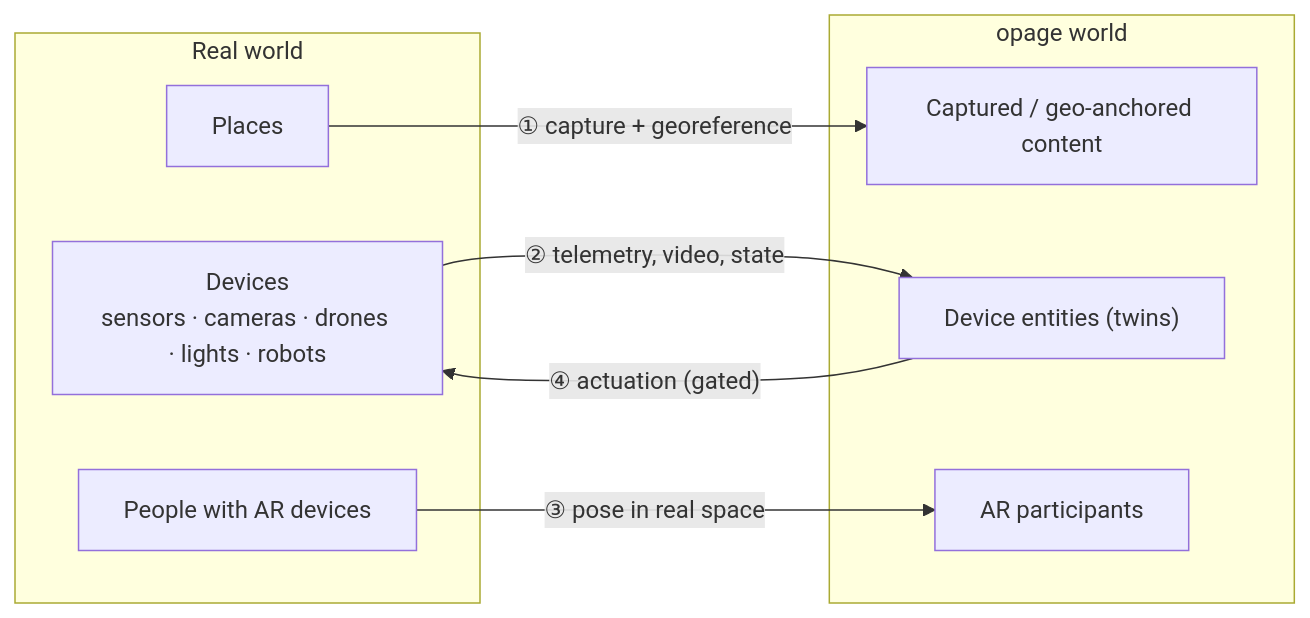
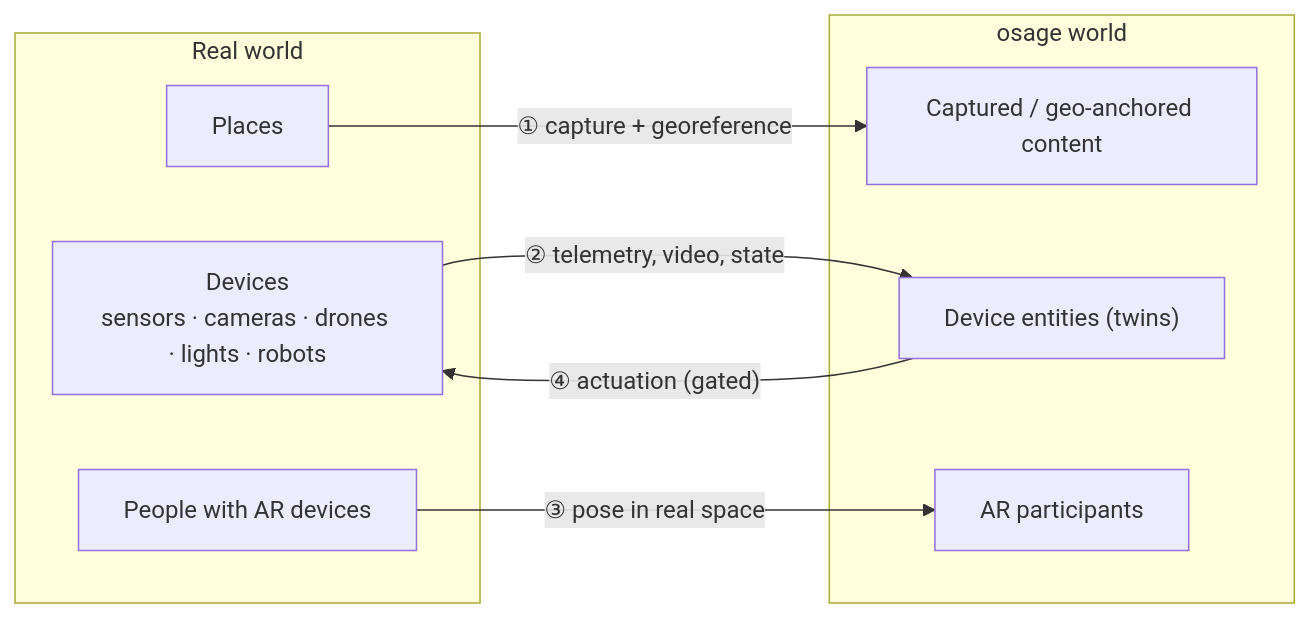
Before and after one commit to smichea/osage: the first of 2 diagrams in design/02-mixed-worlds-and-devices.md, drawn with Mermaid. The commit also changed other lines of this file and 8 other files, not shown here.

````diff
--- a/design/02-mixed-worlds-and-devices.md
+++ b/design/02-mixed-worlds-and-devices.md
@@ -11,17 +11,17 @@
 ```mermaid
 flowchart LR
   subgraph Real["Real world"]
     PL["Places"]
     DV["Devices<br/>sensors · cameras · drones · lights · robots"]
     PP["People with AR devices"]
   end
-  subgraph World["opage world"]
+  subgraph World["osage world"]
     CT["Captured / geo-anchored content"]
     DE["Device entities (twins)"]
     AV["AR participants"]
   end
   PL -- "① capture + georeference" --> CT
   DV -- "② telemetry, video, state" --> DE
   PP -- "③ pose in real space" --> AV
   DE -- "④ actuation (gated)" --> DV
 ```
````
